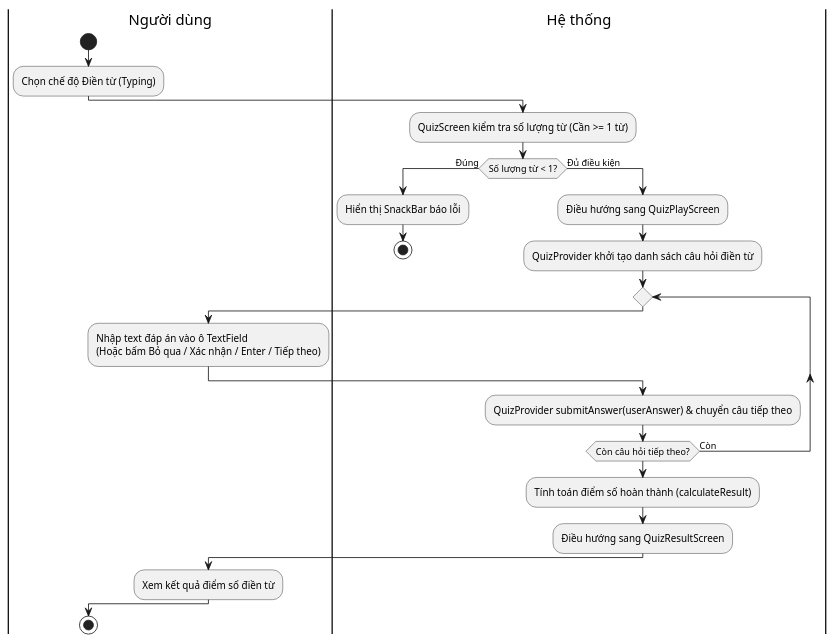
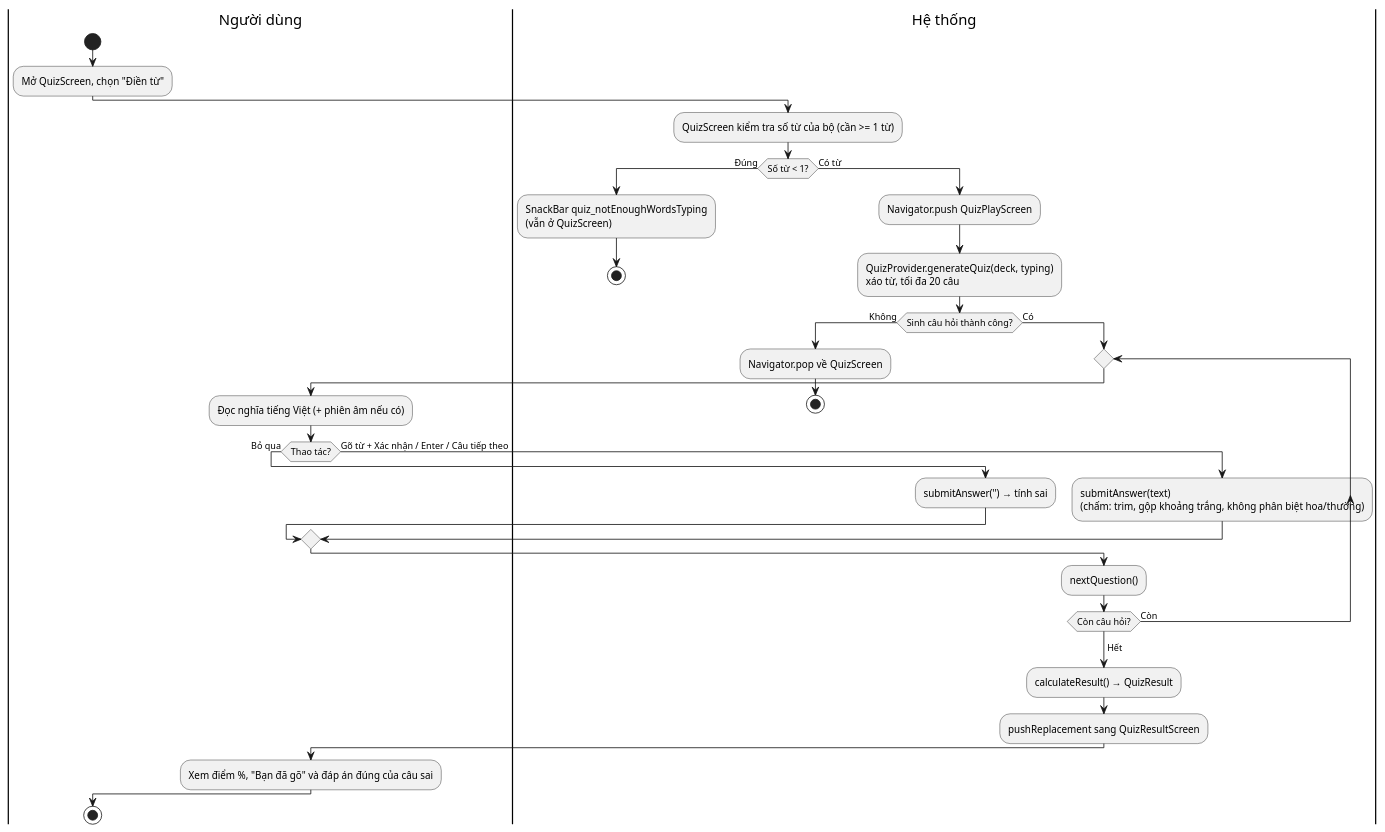
One commit to hoang-adu/2026_2027_1_1_LTTBDD_N01_Nhom_2 changed the diagram in docs/activity_quiz_typing.puml. Above: the diagram before and after it, drawn with PlantUML. The commit also changed 8 other files, not shown here.

Commit message:
docs(uml): sửa sơ đồ sequence/activity khớp với code

```diff
--- a/docs/activity_quiz_typing.puml
+++ b/docs/activity_quiz_typing.puml
@@ -1,31 +1,39 @@
 @startuml
 |Người dùng|
 start
-:Chọn chế độ Điền từ (Typing);
+:Mở QuizScreen, chọn "Điền từ";
 
 |Hệ thống|
-:QuizScreen kiểm tra số lượng từ (Cần >= 1 từ);
-if (Số lượng từ < 1?) then (Đúng)
-  :Hiển thị SnackBar báo lỗi;
+:QuizScreen kiểm tra số từ của bộ (cần >= 1 từ);
+if (Số từ < 1?) then (Đúng)
+  :SnackBar quiz_notEnoughWordsTyping\n(vẫn ở QuizScreen);
   stop
-else (Đủ điều kiện)
-  :Điều hướng sang QuizPlayScreen;
-  :QuizProvider khởi tạo danh sách câu hỏi điền từ;
-  
-  repeat
+else (Có từ)
+  :Navigator.push QuizPlayScreen;
+  :QuizProvider.generateQuiz(deck, typing)\nxáo từ, tối đa 20 câu;
+  if (Sinh câu hỏi thành công?) then (Không)
+    :Navigator.pop về QuizScreen;
+    stop
+  else (Có)
+    repeat
+      |Người dùng|
+      :Đọc nghĩa tiếng Việt (+ phiên âm nếu có);
+      if (Thao tác?) then (Bỏ qua)
+        |Hệ thống|
+        :submitAnswer('') → tính sai;
+      else (Gõ từ + Xác nhận / Enter / Câu tiếp theo)
+        |Hệ thống|
+        :submitAnswer(text)\n(chấm: trim, gộp khoảng trắng, không phân biệt hoa/thường);
+      endif
+      :nextQuestion();
+    repeat while (Còn câu hỏi?) is (Còn)
+    ->Hết;
+    :calculateResult() → QuizResult;
+    :pushReplacement sang QuizResultScreen;
+
     |Người dùng|
-    :Nhập text đáp án vào ô TextField\n(Hoặc bấm Bỏ qua / Xác nhận / Enter / Tiếp theo);
-    
-    |Hệ thống|
-    :QuizProvider submitAnswer(userAnswer) & chuyển câu tiếp theo;
-  repeat while (Còn câu hỏi tiếp theo?) is (Còn)
-  
-  |Hệ thống|
-  :Tính toán điểm số hoàn thành (calculateResult);
-  :Điều hướng sang QuizResultScreen;
-  
-  |Người dùng|
-  :Xem kết quả điểm số điền từ;
+    :Xem điểm %, "Bạn đã gõ" và đáp án đúng của câu sai;
+  endif
 endif
 stop
 @enduml
```
